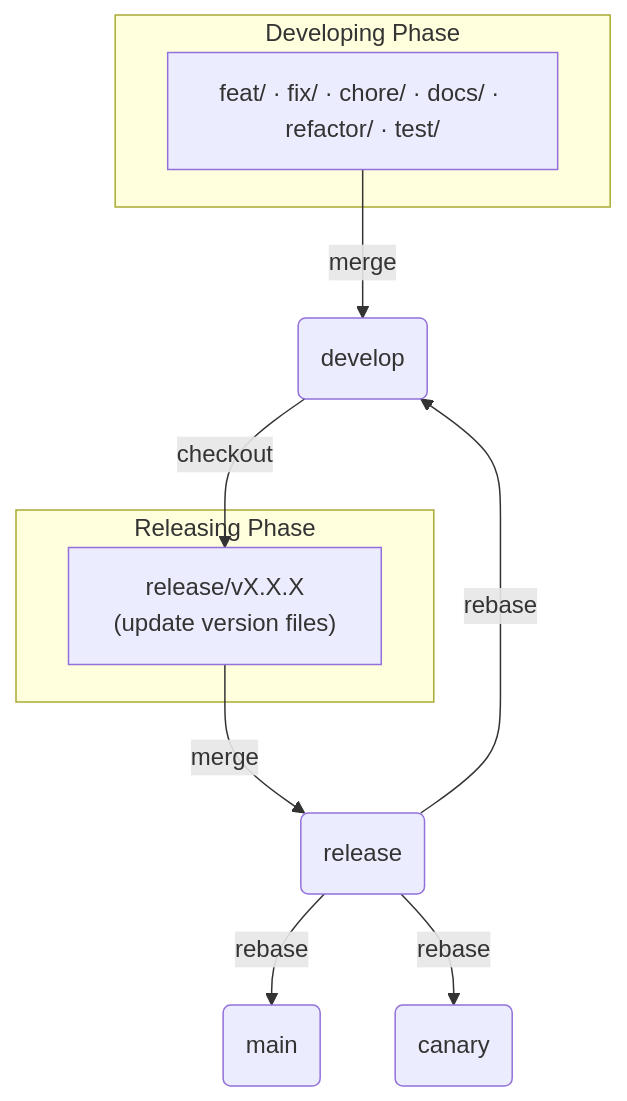
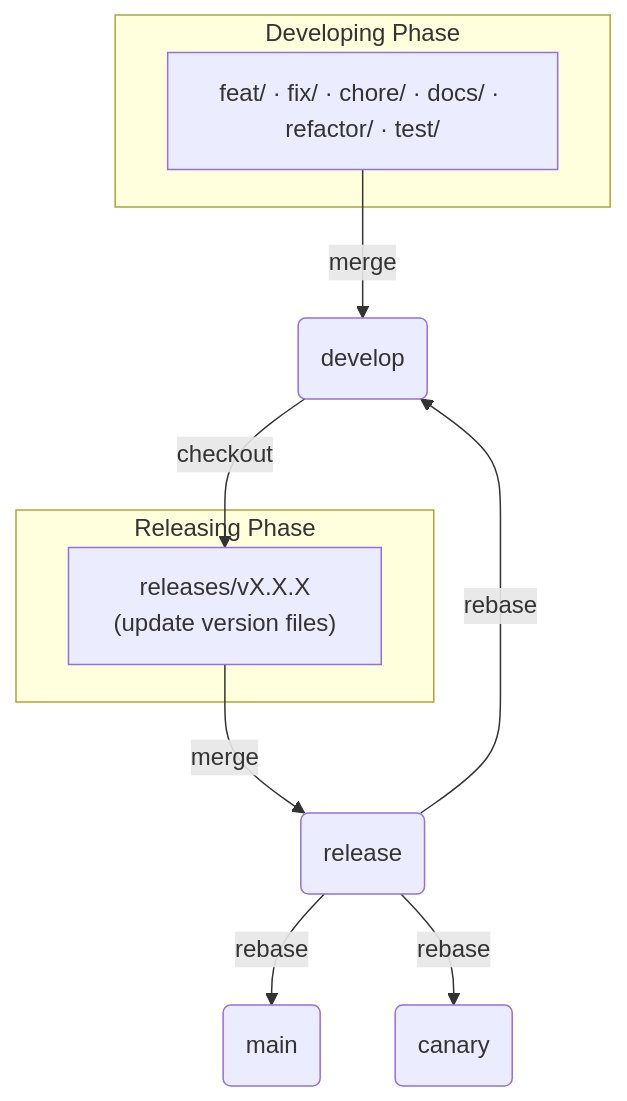
The diagram in CONTRIBUTING.md (michaeljymsgutierrez/arm-js-library), drawn with Mermaid before and after one commit. The commit also changed other lines of this file and 1 other file, not shown here.

Commit message:
fix(deploy): rename release branch prefix to releases to avoid ref collision

````diff
--- a/CONTRIBUTING.md
+++ b/CONTRIBUTING.md
@@ -64,22 +64,22 @@
 ```mermaid
 flowchart TD
     subgraph Developing["Developing Phase"]
         WB["feat/ · fix/ · chore/ · docs/ · refactor/ · test/"]
     end
 
     subgraph Releasing["Releasing Phase"]
-        RV["release/vX.X.X\n(update version files)"]
+        RV["releases/vX.X.X\n(update version files)"]
     end
 
     develop(develop)
     release(release)
     main(main)
     canary(canary)
 
     WB -->|merge| develop
     develop -->|checkout| RV
     RV -->|merge| release
     release -->|rebase| main
     release -->|rebase| canary
     release -->|rebase| develop
 ```
````
